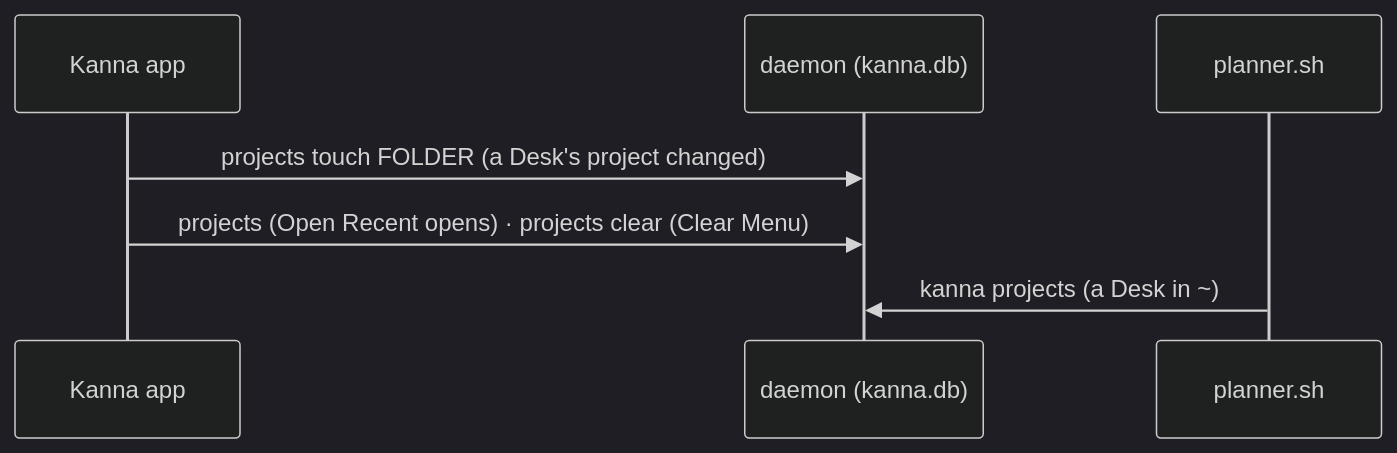
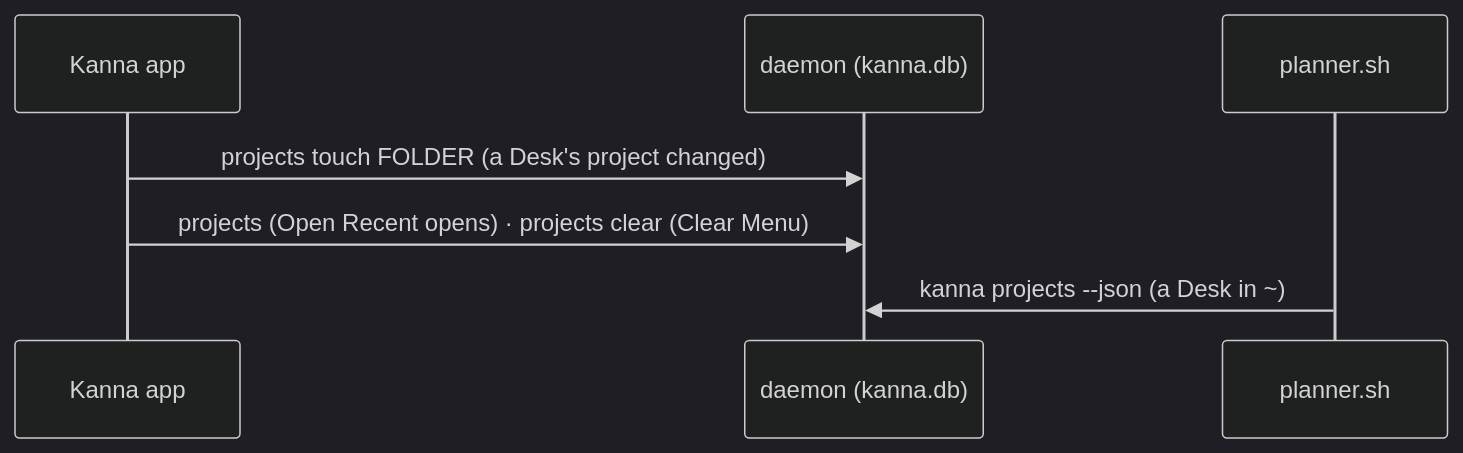
One commit to tampopogk/kanna changed the diagram in docs/specs/recent-projects.md. Above: the diagram before and after it, drawn with Mermaid (dark theme). The commit also changed other lines of this file and 10 other files, not shown here.

````diff
--- a/docs/specs/recent-projects.md
+++ b/docs/specs/recent-projects.md
@@ -36,9 +37,9 @@
 ```mermaid
 sequenceDiagram
     participant A as Kanna app
     participant D as daemon (kanna.db)
     participant P as planner.sh
     A->>D: projects touch FOLDER (a Desk's project changed)
     A->>D: projects (Open Recent opens) · projects clear (Clear Menu)
-    P->>D: kanna projects (a Desk in ~)
+    P->>D: kanna projects --json (a Desk in ~)
 ```
````
